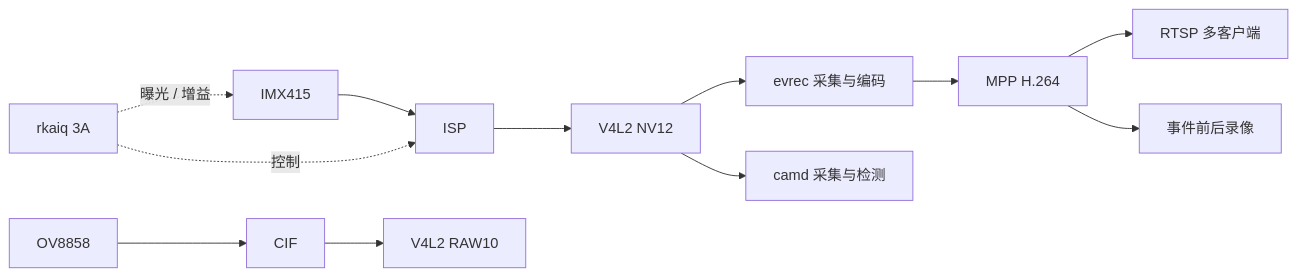
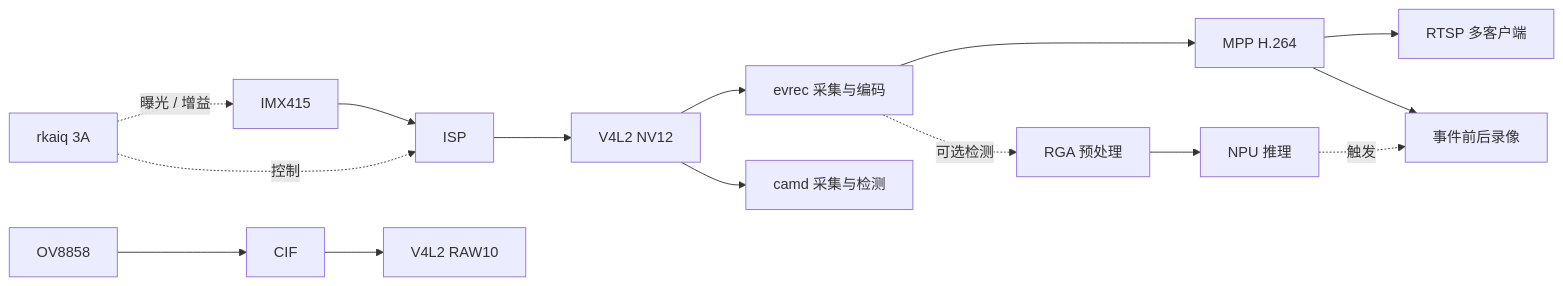
Before and after one commit to Ericsunny/rk3568-camera-driver: the diagram in README.md, drawn with Mermaid. The commit also changed other lines of this file and 8 other files, not shown here.

````diff
--- a/README.md
+++ b/README.md
@@ -11,12 +11,15 @@
 ```mermaid
 flowchart LR
     I[IMX415] --> ISP[ISP] --> NV[V4L2 NV12]
     A[rkaiq 3A] -.控制.-> ISP
     A -.曝光 / 增益.-> I
     O[OV8858] --> CIF[CIF] --> RAW[V4L2 RAW10]
     NV --> EV[evrec 采集与编码]
     EV --> H264[MPP H.264]
     H264 --> RTSP[RTSP 多客户端]
     H264 --> REC[事件前后录像]
     NV --> CAMD[camd 采集与检测]
+    EV -.可选检测.-> RGA[RGA 预处理]
+    RGA --> NPU[NPU 推理]
+    NPU -.触发.-> REC
 ```
````
